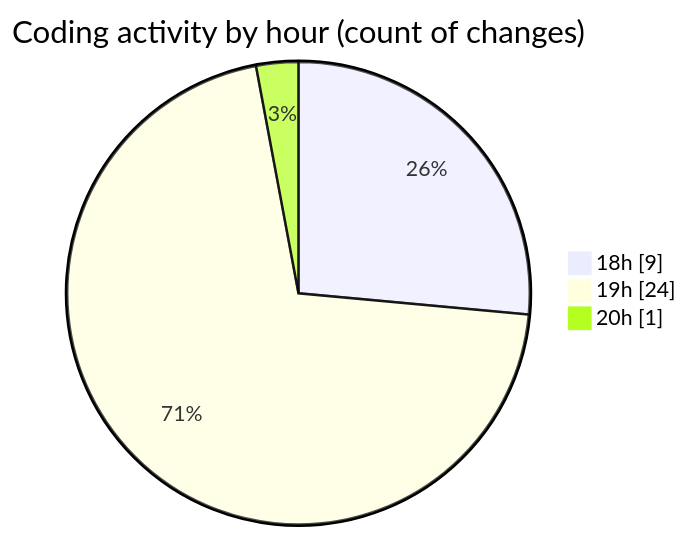
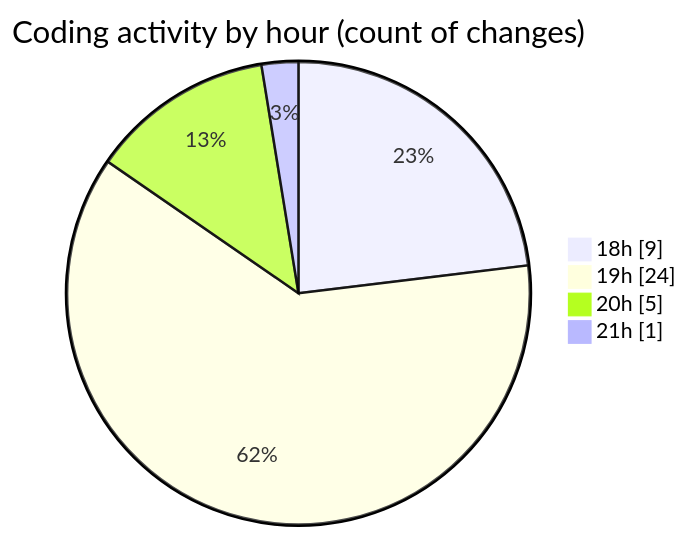
One commit to Netris89/code-tracking changed the second of 2 diagrams in 2025-04-28/date/README.md. Above: the diagram before and after it, drawn with Mermaid. The commit also changed other lines of this file and 1 other file, not shown here.

````diff
--- a/2025-04-28/date/README.md
+++ b/2025-04-28/date/README.md
@@ -32,7 +32,8 @@
 ```mermaid
 pie showData
 title Coding activity by hour (count of changes)
 "18h" : 9
 "19h" : 24
-"20h" : 1
+"20h" : 5
+"21h" : 1
 ```
````
